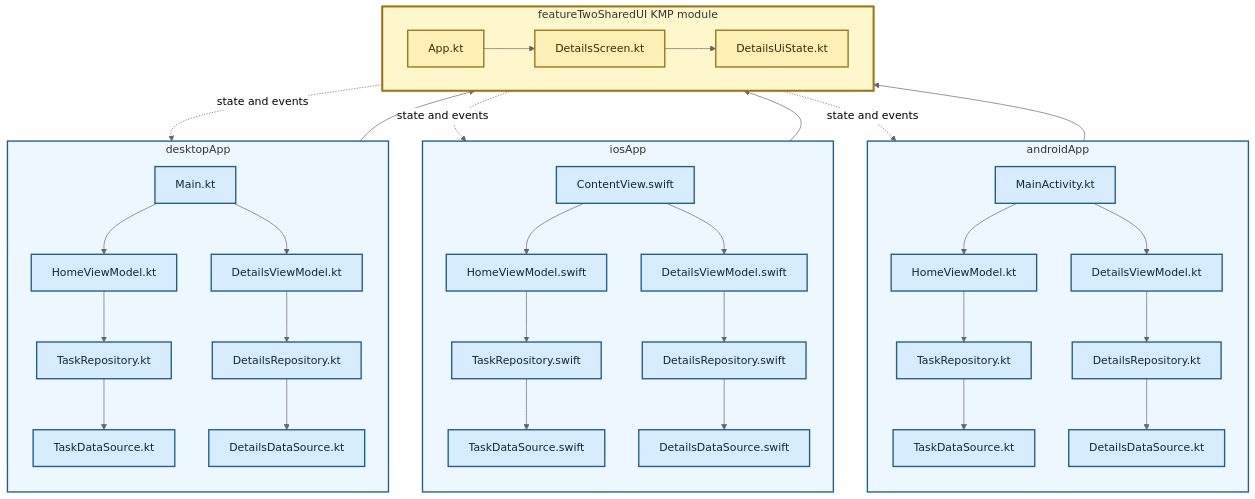
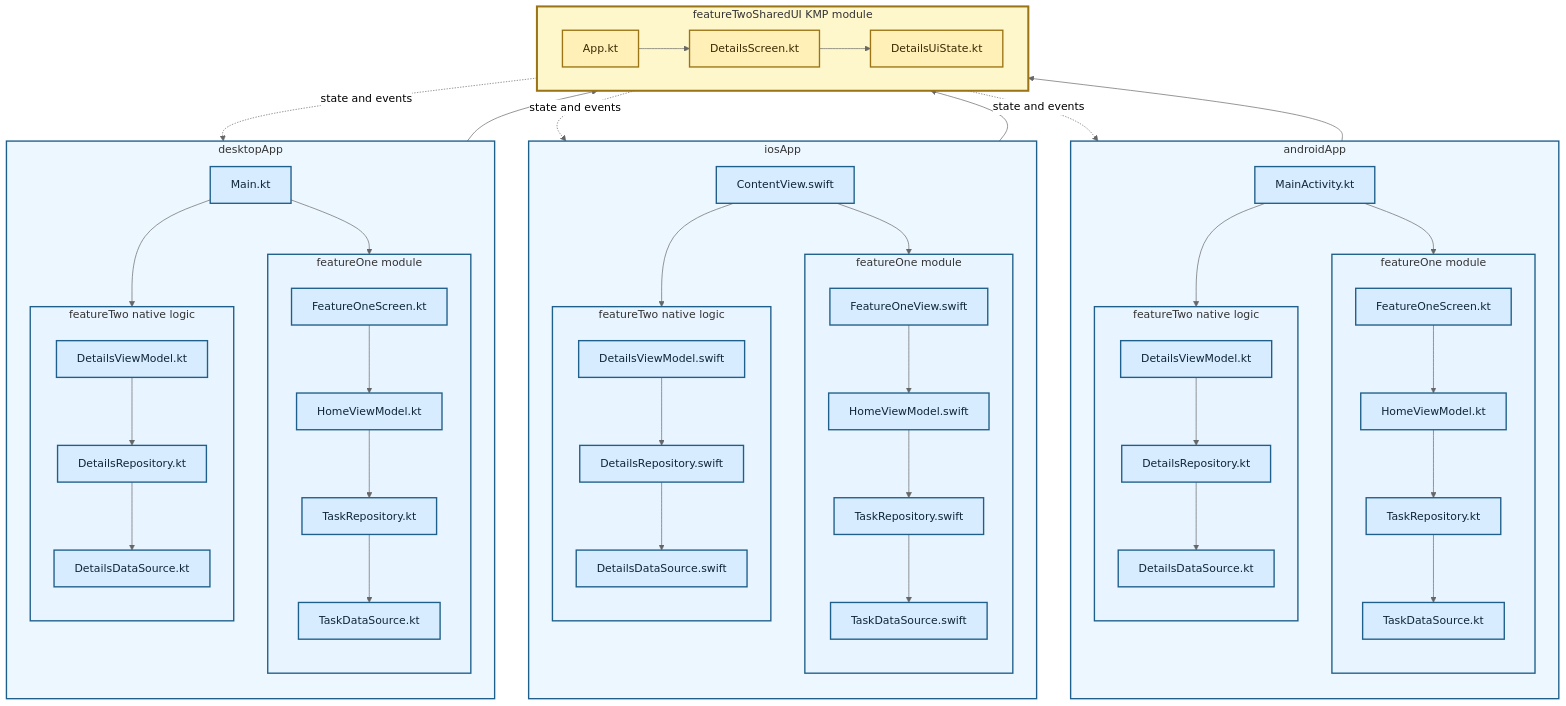
One commit to TheSetox/kmp-sample-diagrams changed the diagram in diagrams/12-modular-kmp-ui-layer.md. Above: the diagram before and after it, drawn with Mermaid (neutral theme). The commit also changed 126 other files, not shown here.

Commit message:
sample: separate modular feature one slices

````diff
--- a/diagrams/12-modular-kmp-ui-layer.md
+++ b/diagrams/12-modular-kmp-ui-layer.md
@@ -7,40 +7,67 @@
   subgraph Android["androidApp"]
     direction TB
     AEntry["MainActivity.kt"]
-    AHomeVM["HomeViewModel.kt"]
-    ATaskRepository["TaskRepository.kt"]
-    ATaskDataSource["TaskDataSource.kt"]
-    ADetailsVM["DetailsViewModel.kt"]
-    ADetailsRepository["DetailsRepository.kt"]
-    ADetailsDataSource["DetailsDataSource.kt"]
-    AEntry --> AHomeVM --> ATaskRepository --> ATaskDataSource
-    AEntry --> ADetailsVM --> ADetailsRepository --> ADetailsDataSource
+    subgraph AFeatureOne["featureOne module"]
+      direction TB
+      AHomeUI["FeatureOneScreen.kt"]
+      AHomeVM["HomeViewModel.kt"]
+      ATaskRepository["TaskRepository.kt"]
+      ATaskDataSource["TaskDataSource.kt"]
+      AHomeUI --> AHomeVM --> ATaskRepository --> ATaskDataSource
+    end
+    subgraph AFeatureTwo["featureTwo native logic"]
+      direction TB
+      ADetailsVM["DetailsViewModel.kt"]
+      ADetailsRepository["DetailsRepository.kt"]
+      ADetailsDataSource["DetailsDataSource.kt"]
+      ADetailsVM --> ADetailsRepository --> ADetailsDataSource
+    end
+    AEntry --> AHomeUI
+    AEntry --> ADetailsVM
   end
 
   subgraph IOS["iosApp"]
     direction TB
     IEntry["ContentView.swift"]
-    IHomeVM["HomeViewModel.swift"]
-    ITaskRepository["TaskRepository.swift"]
-    ITaskDataSource["TaskDataSource.swift"]
-    IDetailsVM["DetailsViewModel.swift"]
-    IDetailsRepository["DetailsRepository.swift"]
-    IDetailsDataSource["DetailsDataSource.swift"]
-    IEntry --> IHomeVM --> ITaskRepository --> ITaskDataSource
-    IEntry --> IDetailsVM --> IDetailsRepository --> IDetailsDataSource
+    subgraph IFeatureOne["featureOne module"]
+      direction TB
+      IHomeUI["FeatureOneView.swift"]
+      IHomeVM["HomeViewModel.swift"]
+      ITaskRepository["TaskRepository.swift"]
+      ITaskDataSource["TaskDataSource.swift"]
+      IHomeUI --> IHomeVM --> ITaskRepository --> ITaskDataSource
+    end
+    subgraph IFeatureTwo["featureTwo native logic"]
+      direction TB
+      IDetailsVM["DetailsViewModel.swift"]
+      IDetailsRepository["DetailsRepository.swift"]
+      IDetailsDataSource["DetailsDataSource.swift"]
+      IDetailsVM --> IDetailsRepository --> IDetailsDataSource
+    end
+    IEntry --> IHomeUI
+    IEntry --> IDetailsVM
   end
 
   subgraph Desktop["desktopApp"]
     direction TB
     DEntry["Main.kt"]
-    DHomeVM["HomeViewModel.kt"]
-    DTaskRepository["TaskRepository.kt"]
-    DTaskDataSource["TaskDataSource.kt"]
-    DDetailsVM["DetailsViewModel.kt"]
-    DDetailsRepository["DetailsRepository.kt"]
-    DDetailsDataSource["DetailsDataSource.kt"]
-    DEntry --> DHomeVM --> DTaskRepository --> DTaskDataSource
-    DEntry --> DDetailsVM --> DDetailsRepository --> DDetailsDataSource
+    subgraph DFeatureOne["featureOne module"]
+      direction TB
+      DHomeUI["FeatureOneScreen.kt"]
+      DHomeVM["HomeViewModel.kt"]
+      DTaskRepository["TaskRepository.kt"]
+      DTaskDataSource["TaskDataSource.kt"]
+      DHomeUI --> DHomeVM --> DTaskRepository --> DTaskDataSource
+    end
+    subgraph DFeatureTwo["featureTwo native logic"]
+      direction TB
+      DDetailsVM["DetailsViewModel.kt"]
+      DDetailsRepository["DetailsRepository.kt"]
+      DDetailsDataSource["DetailsDataSource.kt"]
+      DDetailsVM --> DDetailsRepository --> DDetailsDataSource
+    end
+    DEntry --> DHomeUI
+    DEntry --> DDetailsVM
   end
 
   subgraph KMP["featureTwoSharedUI KMP module"]
@@ -60,10 +87,16 @@
 
   classDef app fill:#d8ecff,stroke:#1f5f8b,color:#0f2738,stroke-width:2px;
   classDef kmp fill:#fff0b8,stroke:#9b7415,color:#3b2a00,stroke-width:2px;
-  class AEntry,AHomeVM,ATaskRepository,ATaskDataSource,ADetailsVM,ADetailsRepository,ADetailsDataSource,IEntry,IHomeVM,ITaskRepository,ITaskDataSource,IDetailsVM,IDetailsRepository,IDetailsDataSource,DEntry,DHomeVM,DTaskRepository,DTaskDataSource,DDetailsVM,DDetailsRepository,DDetailsDataSource app;
+  class AEntry,AHomeUI,AHomeVM,ATaskRepository,ATaskDataSource,ADetailsVM,ADetailsRepository,ADetailsDataSource,IEntry,IHomeUI,IHomeVM,ITaskRepository,ITaskDataSource,IDetailsVM,IDetailsRepository,IDetailsDataSource,DEntry,DHomeUI,DHomeVM,DTaskRepository,DTaskDataSource,DDetailsVM,DDetailsRepository,DDetailsDataSource app;
   class App,Screen,State kmp;
   style Android fill:#edf7ff,stroke:#1f5f8b,stroke-width:2px
   style IOS fill:#edf7ff,stroke:#1f5f8b,stroke-width:2px
   style Desktop fill:#edf7ff,stroke:#1f5f8b,stroke-width:2px
+  style AFeatureOne fill:#e8f4ff,stroke:#1f5f8b,stroke-width:2px
+  style AFeatureTwo fill:#e8f4ff,stroke:#1f5f8b,stroke-width:2px
+  style IFeatureOne fill:#e8f4ff,stroke:#1f5f8b,stroke-width:2px
+  style IFeatureTwo fill:#e8f4ff,stroke:#1f5f8b,stroke-width:2px
+  style DFeatureOne fill:#e8f4ff,stroke:#1f5f8b,stroke-width:2px
+  style DFeatureTwo fill:#e8f4ff,stroke:#1f5f8b,stroke-width:2px
   style KMP fill:#fff7cc,stroke:#9b7415,stroke-width:3px
 ```
````
